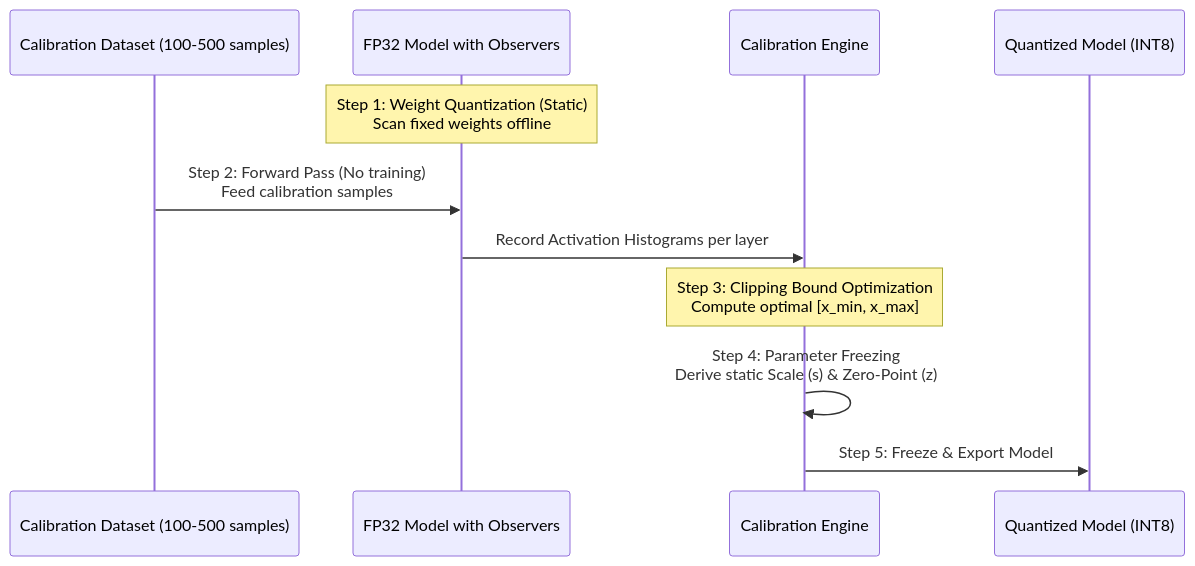
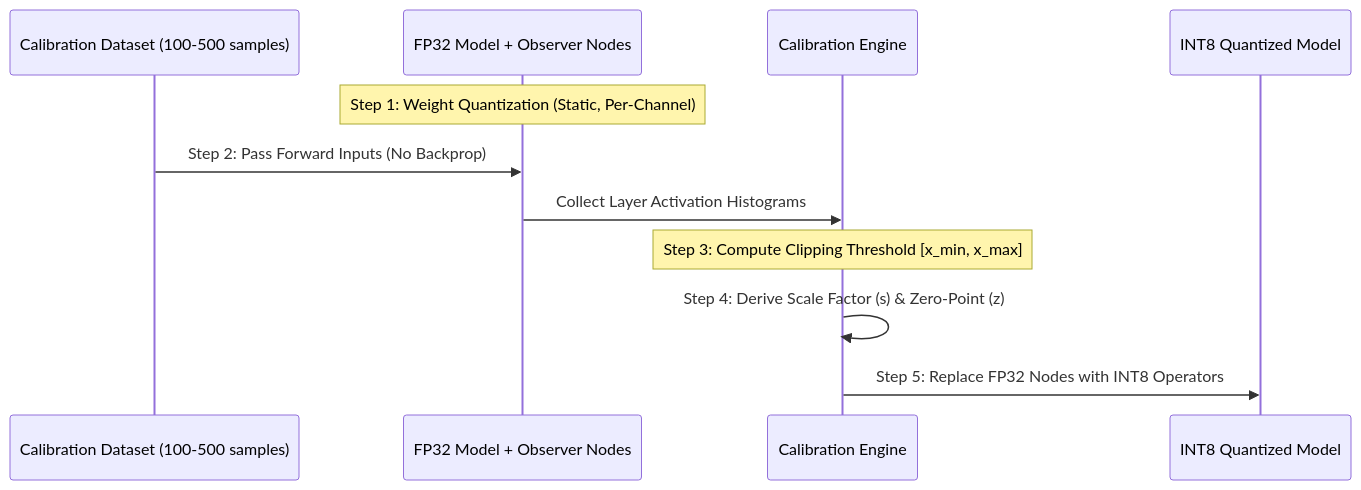
One commit to jempolbagas/My_Knowledge_OS changed the second of 2 diagrams in 20_Brain_Atlas/10_Library/Generated_Readings/Artificial_Intelligence/Post_Training_Quantization_End_to_End_Guide.md. Above: the diagram before and after it, drawn with Mermaid. The commit also changed other lines of this file and 14 other files, not shown here.

````diff
--- a/20_Brain_Atlas/10_Library/Generated_Readings/Artificial_Intelligence/Post_Training_Quantization_End_to_End_Guide.md
+++ b/20_Brain_Atlas/10_Library/Generated_Readings/Artificial_Intelligence/Post_Training_Quantization_End_to_End_Guide.md
@@ -96,14 +161,14 @@
 ```mermaid
 sequenceDiagram
-    participant D as Calibration Dataset (100-500 samples)
-    participant M as FP32 Model with Observers
-    participant C as Calibration Engine
-    participant Q as Quantized Model (INT8)
+    participant Dataset as Calibration Dataset (100-500 samples)
+    participant Model as FP32 Model + Observer Nodes
+    participant Engine as Calibration Engine
+    participant Export as INT8 Quantized Model
 
-    Note over M: Step 1: Weight Quantization (Static)<br/>Scan fixed weights offline
-    D->>M: Step 2: Forward Pass (No training)<br/>Feed calibration samples
-    M->>C: Record Activation Histograms per layer
-    Note over C: Step 3: Clipping Bound Optimization<br/>Compute optimal [x_min, x_max]
-    C->>C: Step 4: Parameter Freezing<br/>Derive static Scale (s) & Zero-Point (z)
-    C->>Q: Step 5: Freeze & Export Model
+    Note over Model: Step 1: Weight Quantization (Static, Per-Channel)
+    Dataset->>Model: Step 2: Pass Forward Inputs (No Backprop)
+    Model->>Engine: Collect Layer Activation Histograms
+    Note over Engine: Step 3: Compute Clipping Threshold [x_min, x_max]
+    Engine->>Engine: Step 4: Derive Scale Factor (s) & Zero-Point (z)
+    Engine->>Export: Step 5: Replace FP32 Nodes with INT8 Operators
 ```
````
